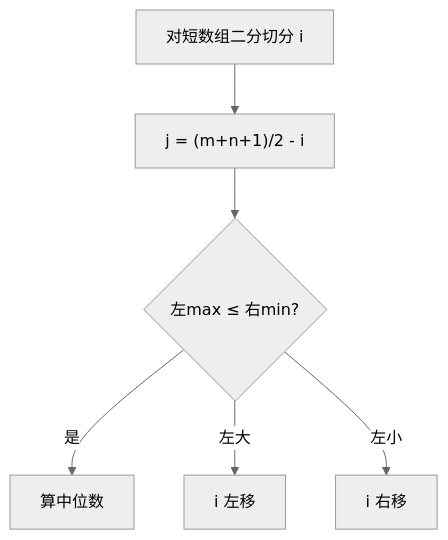
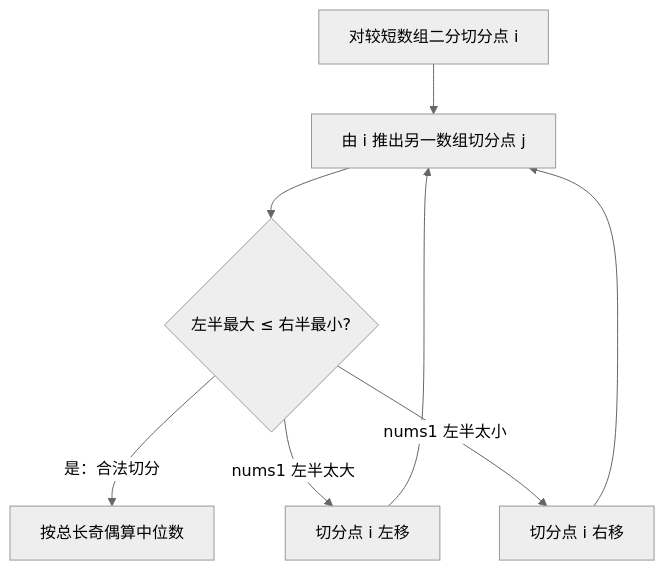
The first of 2 diagrams in 12-二分查找/0004-寻找两个正序数组的中位数.md (OctalZero/hot100-py), drawn with Mermaid (neutral theme) before and after one commit. The commit also changed other lines of this file and 117 other files, not shown here.

First line of the commit message:
feat: 全题解配图升级为「动画式 mermaid」（总览骨架 + 横向时间线逐步推演）

````diff
--- a/12-二分查找/0004-寻找两个正序数组的中位数.md
+++ b/12-二分查找/0004-寻找两个正序数组的中位数.md
@@ -5,8 +5,10 @@
 ```mermaid
 flowchart TD
-    A["对短数组二分切分 i"] --> B["j = (m+n+1)/2 - i"]
-    B --> C{"左max ≤ 右min?"}
-    C -- "是" --> D["算中位数"]
-    C -- "左大" --> E["i 左移"]
-    C -- "左小" --> F["i 右移"]
+    A["对较短数组二分切分点 i"] --> B["由 i 推出另一数组切分点 j"]
+    B --> C{"左半最大 ≤ 右半最小?"}
+    C -->|"是：合法切分"| D["按总长奇偶算中位数"]
+    C -->|"nums1 左半太大"| E["切分点 i 左移"]
+    C -->|"nums1 左半太小"| F["切分点 i 右移"]
+    E --> B
+    F --> B
 ```
````
